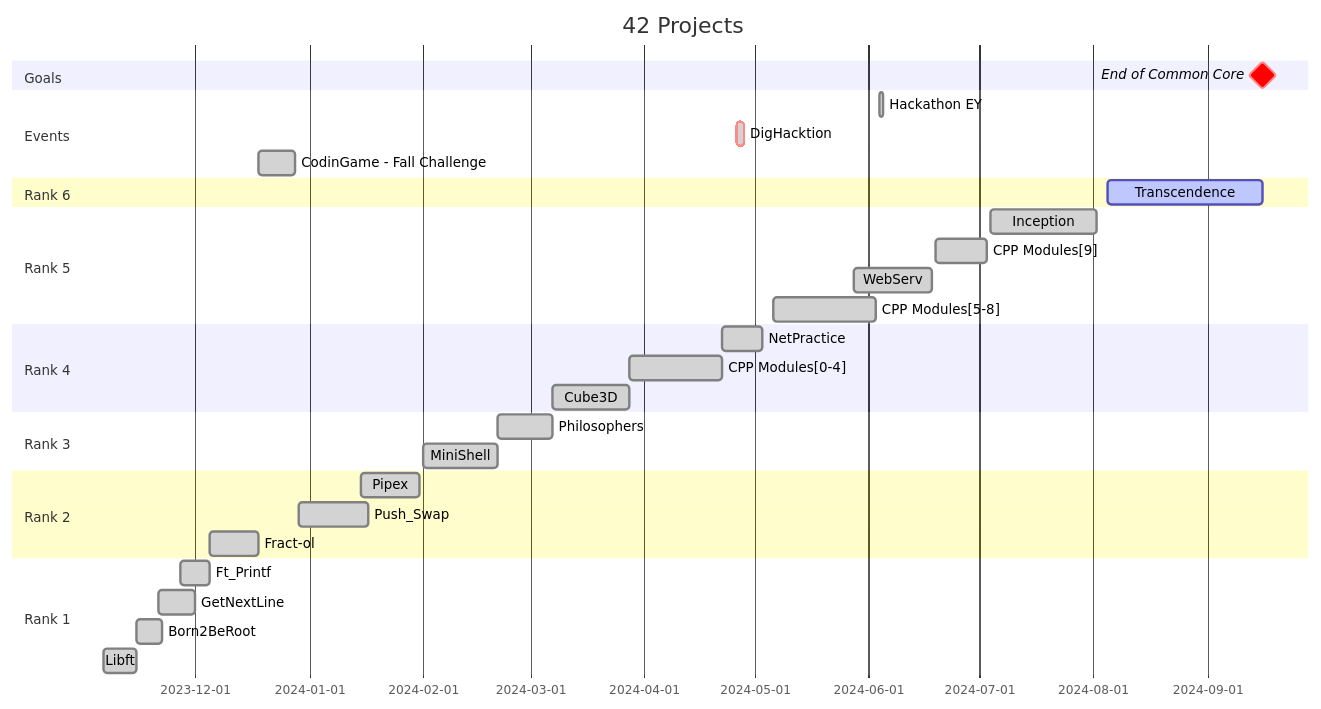
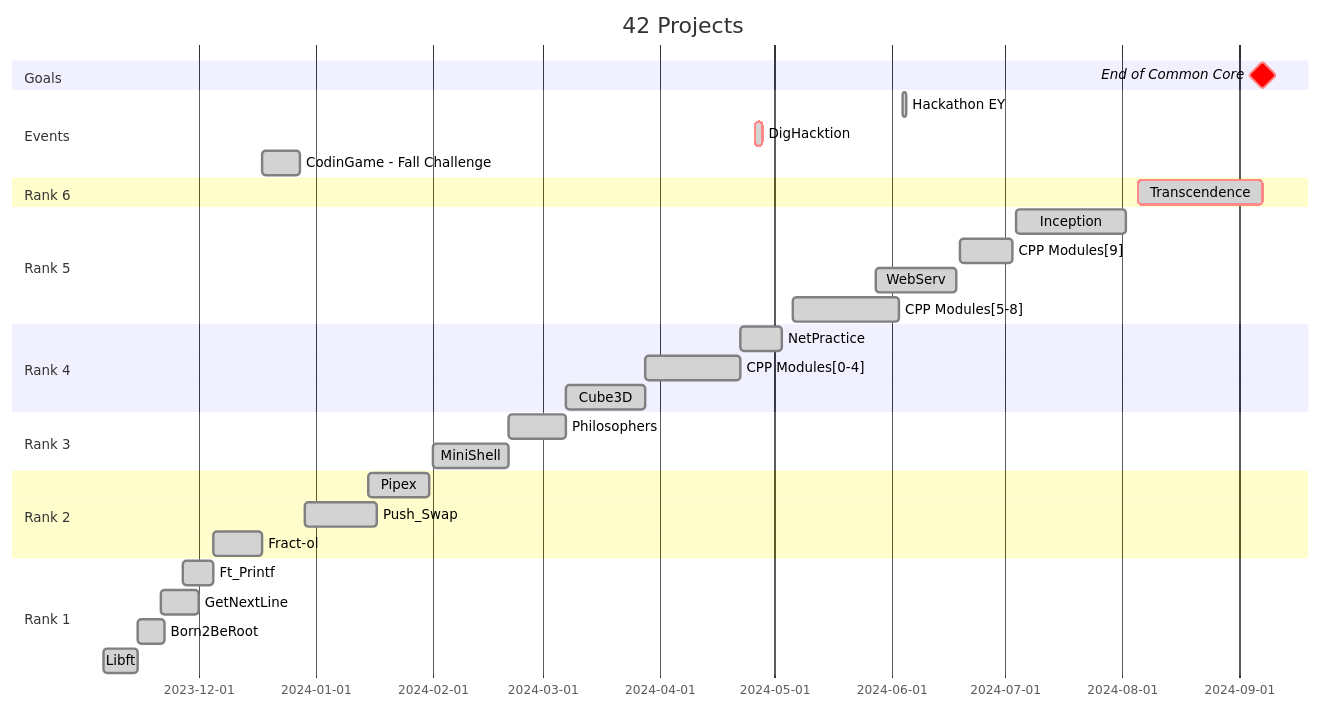
Before and after one commit to Tablerase/42_Projects: the diagram in README.md, drawn with Mermaid.

Commit message:
docs: update ggant timeline diagram

````diff
--- a/README.md
+++ b/README.md
@@ -77,42 +77,42 @@
 ```mermaid
 gantt
     title 42 Projects
     dateFormat  YYYY-MM-DD
 
     section Goals
-    End of Common Core : milestone, crit, m1, 2024-09-16, 1m
+    End of Common Core : milestone, crit, m1, 2024-09-07, 2024-09-07
 
     section Events
     Hackathon EY : done, 2024-06-04, 2024-06-05
     DigHacktion : crit, done, 2024-04-26, 2024-04-28
     CodinGame - Fall Challenge : done, 2023-12-18, 2023-12-28
 
     section Rank 6
-    Transcendence : active, 2024-08-05, 6w
+    Transcendence : crit, done, 2024-08-05, 2024-09-07
 
     section Rank 5
     Inception : done, 2024-07-04, 2024-08-02
     CPP Modules[9] : done, 2024-06-19, 2024-07-03
     WebServ : done, 2024-05-28, 2024-06-18
     CPP Modules[5-8] : done, 2024-05-06, 4w
 
     section Rank 4
     NetPractice : done, 2024-04-22, 2024-05-03
     CPP Modules[0-4] : done, 2024-03-28, 2024-04-22
     Cube3D :done, 2024-03-07, 2024-03-28
   
     section Rank 3
     Philosophers :done, 2024-02-21, 2024-03-07
     MiniShell :done, 2024-02-01, 2024-02-21
 
     section Rank 2
     Pipex :done, 2024-01-15, 2024-01-31
     Push_Swap :done, 2023-12-29, 2024-01-17
     Fract-ol :done, 2023-12-05, 2023-12-18
 
     section Rank 1
     Ft_Printf :done, 2023-11-27, 2023-12-05
     GetNextLine :done, 2023-11-21, 2023-12-01
     Born2BeRoot :done, 2023-11-15, 2023-11-22
     Libft :done, 2023-11-06, 2023-11-15
 ```
````
